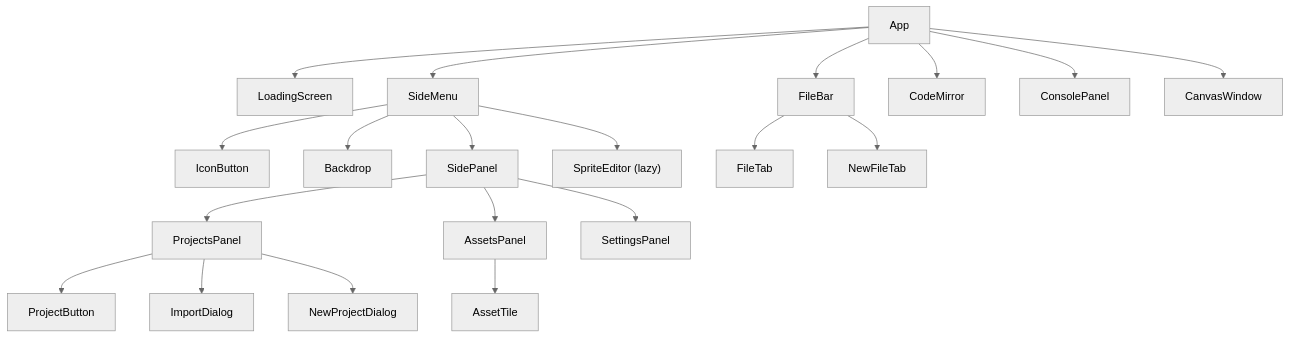
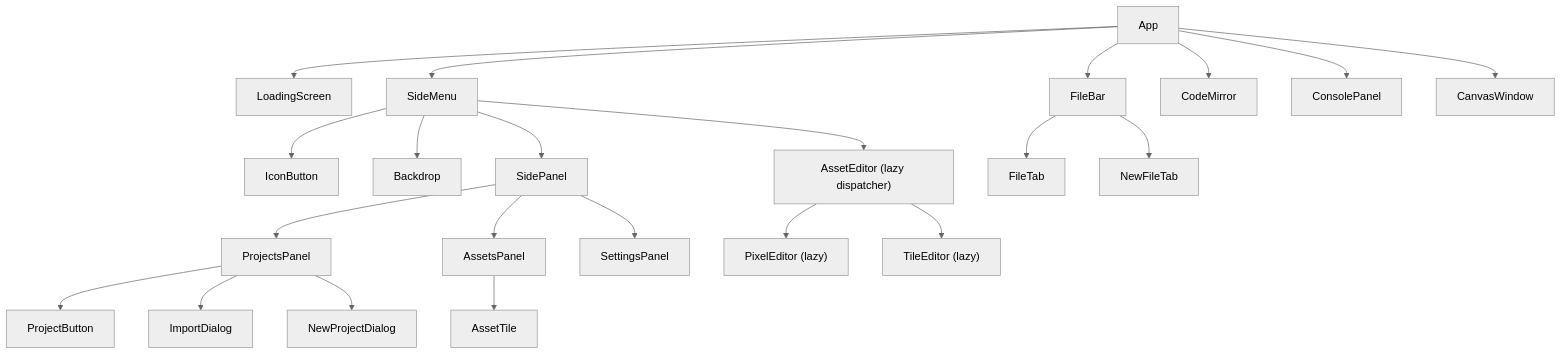
One commit to bkmz2000/pi3 changed the diagram in docs/05-ui-components.md. Above: the diagram before and after it, drawn with Mermaid (neutral theme). The commit also changed other lines of this file and 27 other files, not shown here.

````diff
--- a/docs/05-ui-components.md
+++ b/docs/05-ui-components.md
@@ -10,48 +10,52 @@
 ```mermaid
 graph TD
     App["App"]
     LoadingScreen["LoadingScreen"]
     SideMenu["SideMenu"]
     IconButton["IconButton"]
     Backdrop["Backdrop"]
     SidePanel["SidePanel"]
     ProjectsPanel["ProjectsPanel"]
     ProjectButton["ProjectButton"]
     ImportDialog["ImportDialog"]
     NewProjectDialog["NewProjectDialog"]
     AssetsPanel["AssetsPanel"]
     AssetTile["AssetTile"]
     SettingsPanel["SettingsPanel"]
-    SpriteEditor["SpriteEditor (lazy)"]
+    AssetEditor["AssetEditor (lazy dispatcher)"]
+    PixelEditor["PixelEditor (lazy)"]
+    TileEditor["TileEditor (lazy)"]
     FileBar["FileBar"]
     FileTab["FileTab"]
     NewFileTab["NewFileTab"]
     Editor["CodeMirror"]
     ConsolePanel["ConsolePanel"]
     CanvasWindow["CanvasWindow"]
 
     App --> LoadingScreen
     App --> SideMenu
     App --> FileBar
     App --> Editor
     App --> ConsolePanel
     App --> CanvasWindow
 
     SideMenu --> IconButton
     SideMenu --> Backdrop
     SideMenu --> SidePanel
-    SideMenu --> SpriteEditor
+    SideMenu --> AssetEditor
+    AssetEditor --> PixelEditor
+    AssetEditor --> TileEditor
 
     SidePanel --> ProjectsPanel
     SidePanel --> AssetsPanel
     SidePanel --> SettingsPanel
 
     ProjectsPanel --> ProjectButton
     ProjectsPanel --> ImportDialog
     ProjectsPanel --> NewProjectDialog
 
     AssetsPanel --> AssetTile
 
     FileBar --> FileTab
     FileBar --> NewFileTab
 ```
````
